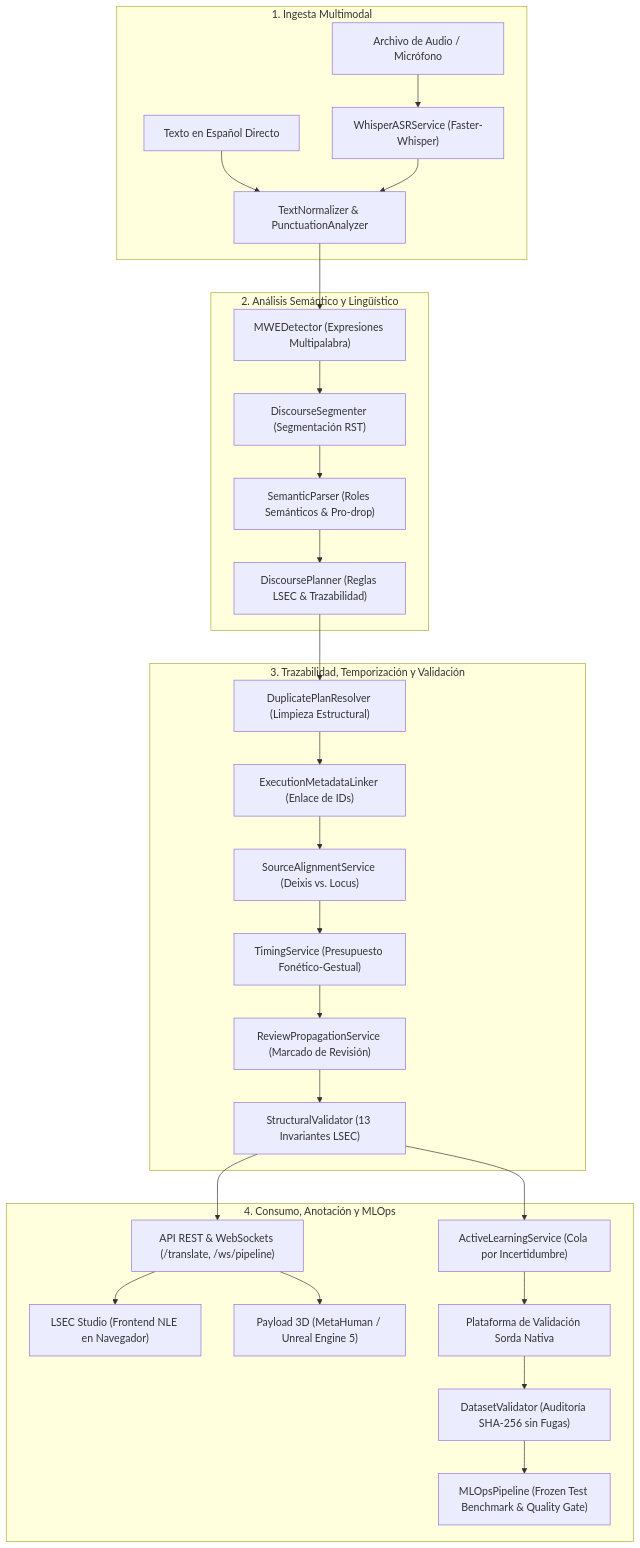
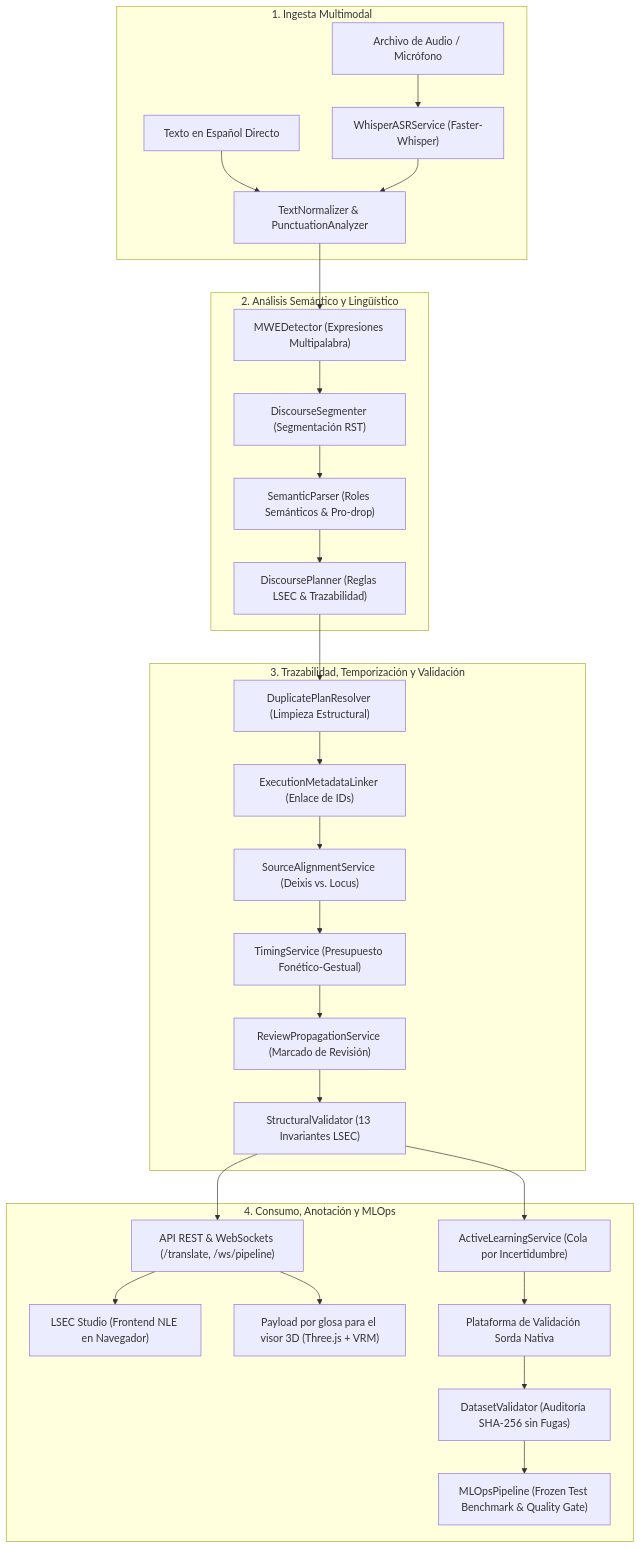
One commit to BrandonVol3/lsec-translator changed the diagram in docs/DESCRIPCION_TECNOLOGIAS_Y_FUNCIONES_DEL_SISTEMA.md. Above: the diagram before and after it, drawn with Mermaid. The commit also changed other lines of this file and 541 other files, not shown here.

````diff
--- a/docs/DESCRIPCION_TECNOLOGIAS_Y_FUNCIONES_DEL_SISTEMA.md
+++ b/docs/DESCRIPCION_TECNOLOGIAS_Y_FUNCIONES_DEL_SISTEMA.md
@@ -59,34 +58,34 @@
 ```mermaid
 graph TD
     subgraph INGESTION["1. Ingesta Multimodal"]
         AudioIn["Archivo de Audio / Micrófono"] --> WhisperASR["WhisperASRService (Faster-Whisper)"]
         TextIn["Texto en Español Directo"] --> Normalizer["TextNormalizer & PunctuationAnalyzer"]
         WhisperASR --> Normalizer
     end
 
     subgraph SEMANTIC_ANALYSIS["2. Análisis Semántico y Lingüístico"]
         Normalizer --> MWE["MWEDetector (Expresiones Multipalabra)"]
         MWE --> Segmenter["DiscourseSegmenter (Segmentación RST)"]
         Segmenter --> SemanticParser["SemanticParser (Roles Semánticos & Pro-drop)"]
         SemanticParser --> DiscoursePlanner["DiscoursePlanner (Reglas LSEC & Trazabilidad)"]
     end
 
     subgraph METADATA_TIMING["3. Trazabilidad, Temporización y Validación"]
         DiscoursePlanner --> DupResolver["DuplicatePlanResolver (Limpieza Estructural)"]
         DupResolver --> MetaLinker["ExecutionMetadataLinker (Enlace de IDs)"]
         MetaLinker --> Alignment["SourceAlignmentService (Deixis vs. Locus)"]
         Alignment --> Timing["TimingService (Presupuesto Fonético-Gestual)"]
         Timing --> ReviewService["ReviewPropagationService (Marcado de Revisión)"]
         ReviewService --> Validator["StructuralValidator (13 Invariantes LSEC)"]
     end
 
     subgraph OUTPUT_MLOPS["4. Consumo, Anotación y MLOps"]
         Validator --> REST_WS["API REST & WebSockets (/translate, /ws/pipeline)"]
         REST_WS --> StudioUI["LSEC Studio (Frontend NLE en Navegador)"]
-        REST_WS --> AvatarOut["Payload 3D (MetaHuman / Unreal Engine 5)"]
+        REST_WS --> AvatarOut["Payload por glosa para el visor 3D (Three.js + VRM)"]
         Validator --> ActiveLearn["ActiveLearningService (Cola por Incertidumbre)"]
         ActiveLearn --> AnnotationPlatform["Plataforma de Validación Sorda Nativa"]
         AnnotationPlatform --> DatasetVal["DatasetValidator (Auditoría SHA-256 sin Fugas)"]
         DatasetVal --> MLOpsGate["MLOpsPipeline (Frozen Test Benchmark & Quality Gate)"]
     end
 ```
````
